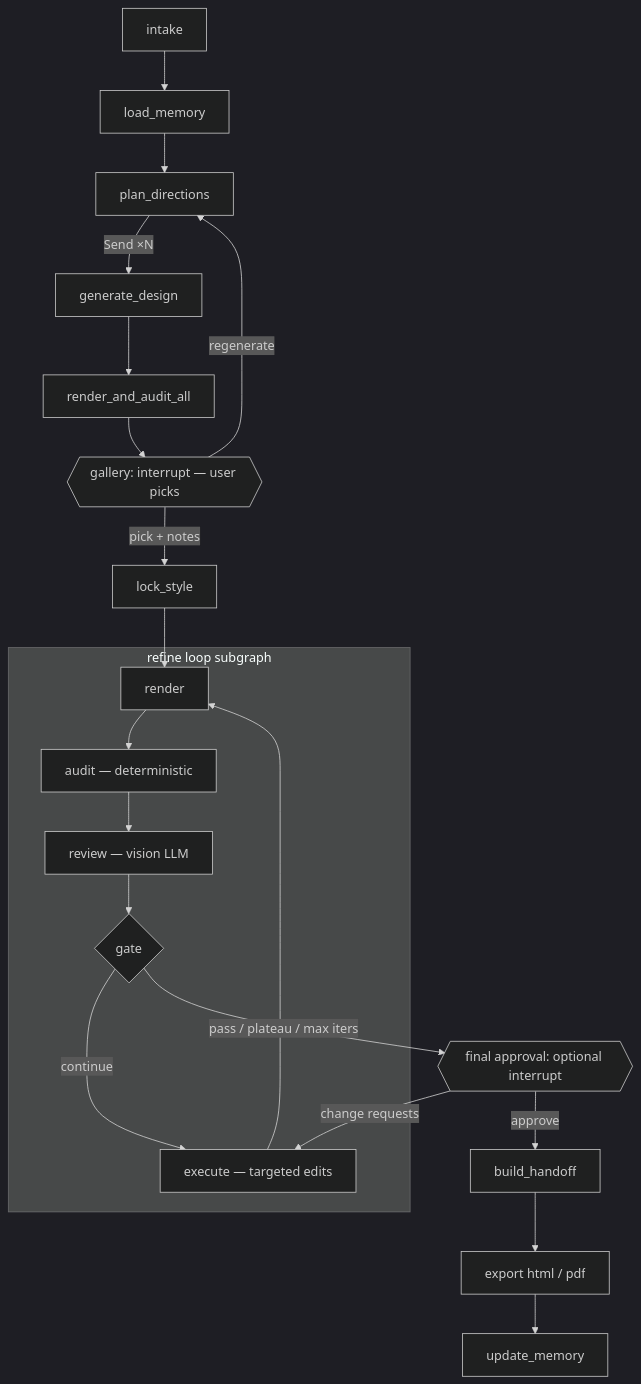
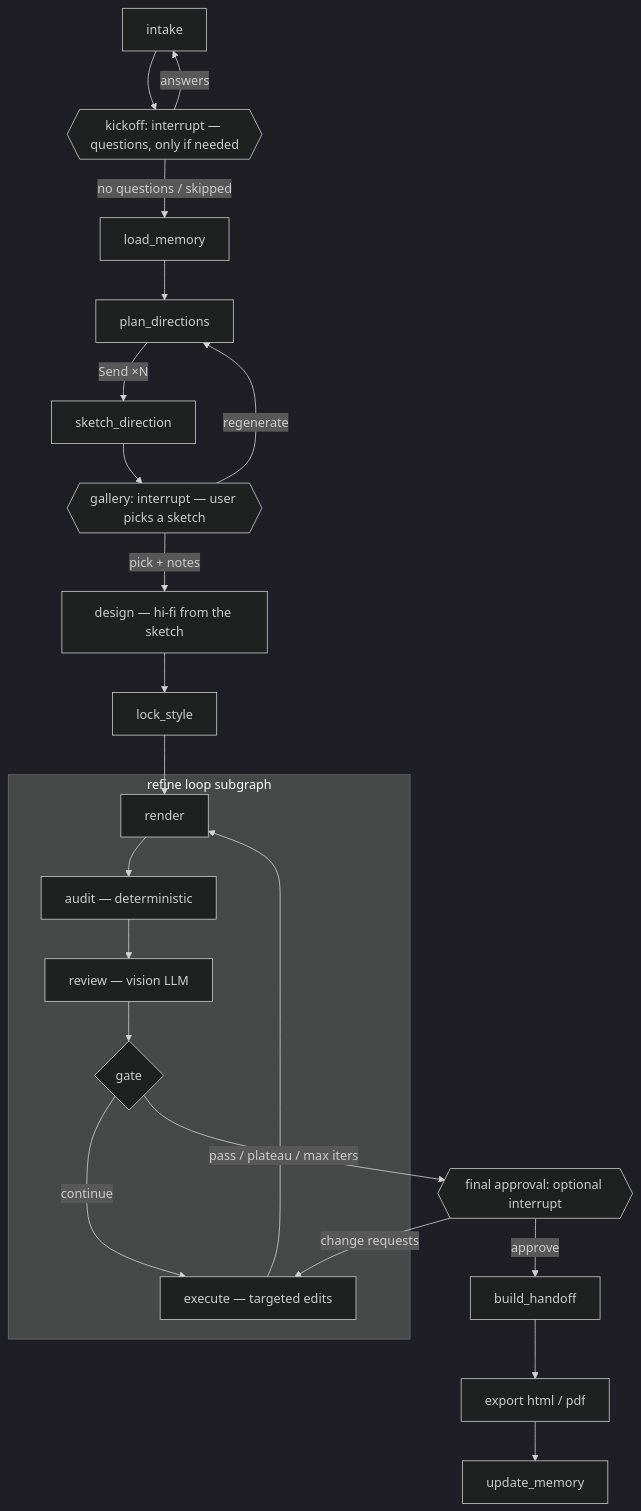
Before and after one commit to Andy2887/ui-agent: the diagram in plan.md, drawn with Mermaid (dark theme). The commit also changed other lines of this file and 60 other files, not shown here.

````diff
--- a/plan.md
+++ b/plan.md
@@ -47,25 +50,27 @@
 ```mermaid
 flowchart TD
-    A[intake] --> B[load_memory]
+    A[intake] --> Q{{kickoff: interrupt — questions, only if needed}}
+    Q -->|answers| A
+    Q -->|no questions / skipped| B[load_memory]
     B --> C[plan_directions]
-    C -->|Send ×N| D[generate_design]
-    D --> E[render_and_audit_all]
-    E --> F{{gallery: interrupt — user picks}}
+    C -->|Send ×N| D[sketch_direction]
+    D --> F{{gallery: interrupt — user picks a sketch}}
     F -->|regenerate| C
-    F -->|pick + notes| G[lock_style]
-    G --> H
+    F -->|pick + notes| G[design — hi-fi from the sketch]
+    G --> S[lock_style]
+    S --> H
 
     subgraph R[refine loop subgraph]
         H[render] --> I[audit — deterministic]
         I --> J[review — vision LLM]
         J --> K{gate}
         K -->|continue| L[execute — targeted edits]
         L --> H
     end
 
     K -->|pass / plateau / max iters| M{{final approval: optional interrupt}}
     M -->|change requests| L
     M -->|approve| N[build_handoff]
     N --> O[export html / pdf]
     O --> P[update_memory]
 ```
````
